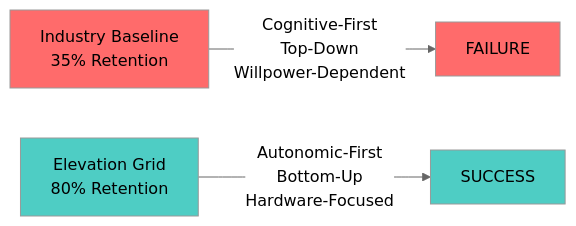
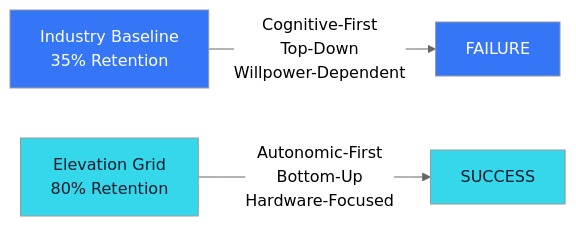
The fifth of 6 diagrams in docs/elevation-grid/index.qmd (Feirbrand/synoeticos-public), drawn with Mermaid (neutral theme) before and after one commit. The commit also changed other lines of this file and 2 other files, not shown here.

````diff
--- a/docs/elevation-grid/index.qmd
+++ b/docs/elevation-grid/index.qmd
@@ -133,11 +138,11 @@
 ```{mermaid}
 graph LR
     A["Industry Baseline<br/>35% Retention"] -->|"Cognitive-First<br/>Top-Down<br/>Willpower-Dependent"| B["FAILURE"]
     
     C["Elevation Grid<br/>80% Retention"] -->|"Autonomic-First<br/>Bottom-Up<br/>Hardware-Focused"| D["SUCCESS"]
     
-    style A fill:#ff6b6b
-    style B fill:#ff6b6b
-    style C fill:#4ecdc4
-    style D fill:#4ecdc4
+    style A fill:#3576F6,color:#FFFFFF
+    style B fill:#3576F6,color:#FFFFFF
+    style C fill:#34D8EA,color:#131B2C
+    style D fill:#34D8EA,color:#131B2C
 ```
````
